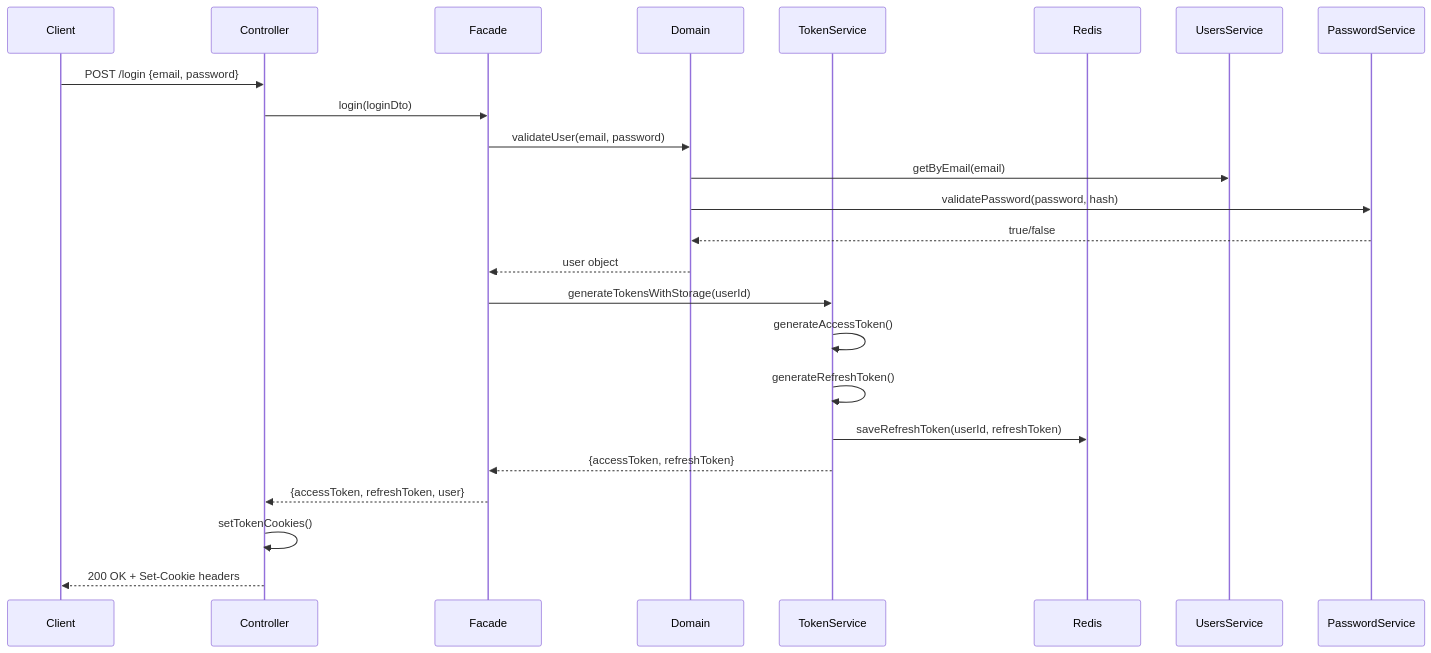
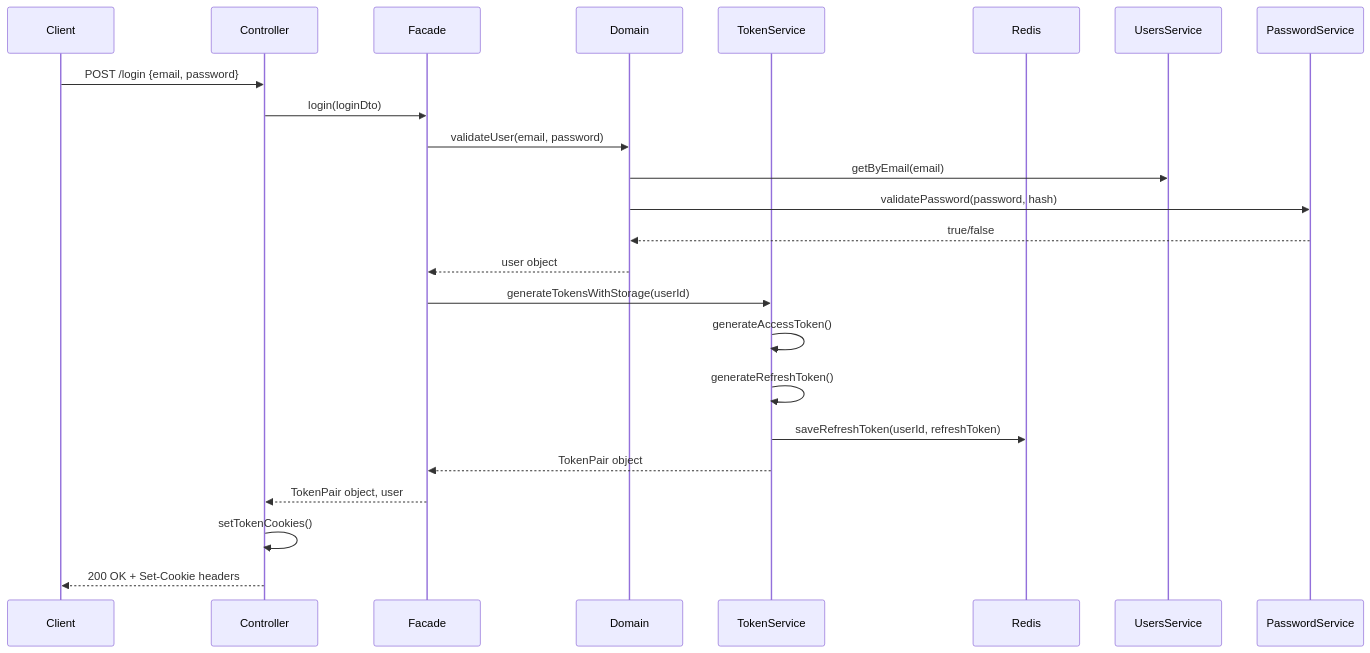
The fourth of 6 diagrams in .qoder/repowiki/en/content/System Overview/Core Components/Backend API Server/Module Architecture/Authentication Module.md (kimjoongwon/prj-core), drawn with Mermaid before and after one commit. The commit also changed other lines of this file and 315 other files, not shown here.

````diff
--- a/.qoder/repowiki/en/content/System Overview/Core Components/Backend API Server/Module Architecture/Authentication Module.md
+++ b/.qoder/repowiki/en/content/System Overview/Core Components/Backend API Server/Module Architecture/Authentication Module.md
@@ -131,24 +136,24 @@
 ```mermaid
 sequenceDiagram
 participant Client
 participant Controller
 participant Facade
 participant Domain
 participant TokenService
 participant Redis
 Client->>Controller : POST /login {email, password}
 Controller->>Facade : login(loginDto)
 Facade->>Domain : validateUser(email, password)
 Domain->>UsersService : getByEmail(email)
 Domain->>PasswordService : validatePassword(password, hash)
 PasswordService-->>Domain : true/false
 Domain-->>Facade : user object
 Facade->>TokenService : generateTokensWithStorage(userId)
 TokenService->>TokenService : generateAccessToken()
 TokenService->>TokenService : generateRefreshToken()
 TokenService->>Redis : saveRefreshToken(userId, refreshToken)
-TokenService-->>Facade : {accessToken, refreshToken}
-Facade-->>Controller : {accessToken, refreshToken, user}
+TokenService-->>Facade : TokenPair object
+Facade-->>Controller : TokenPair object, user
 Controller->>Controller : setTokenCookies()
 Controller-->>Client : 200 OK + Set-Cookie headers
 ```
````
